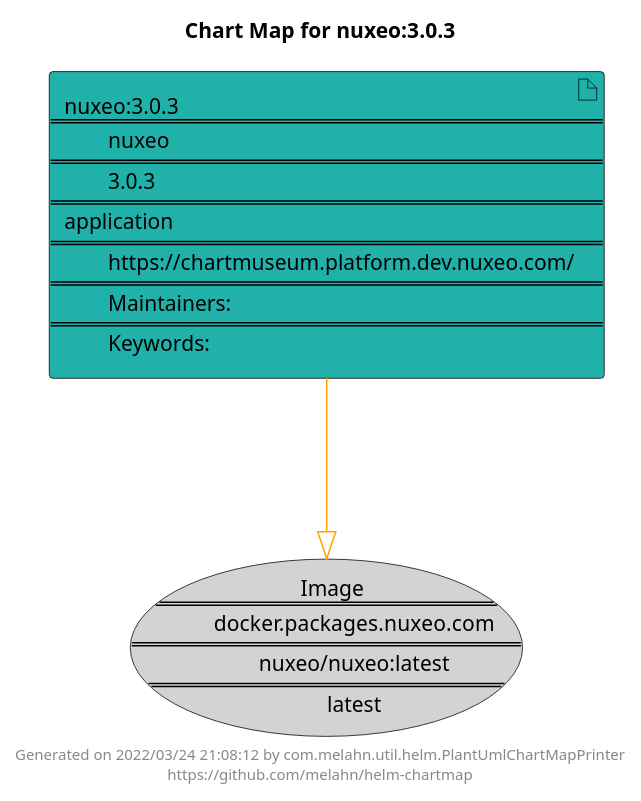
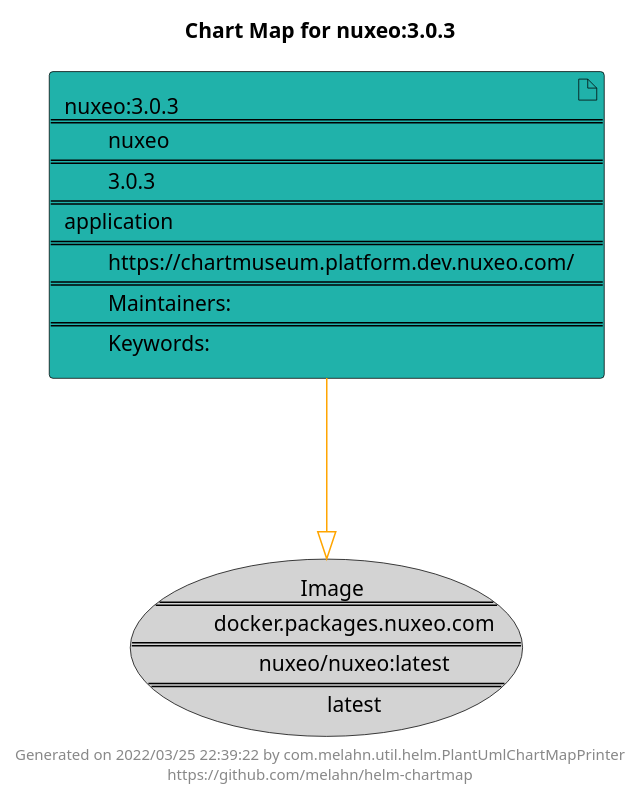
One commit to melahn/helm-chartmap changed the diagram in docs/nuxeo/nuxeo-3.0.3.puml. Above: the diagram before and after it, drawn with PlantUML. The commit also changed 56 other files, not shown here.

Commit message:
Update Example Chart Maps as part of GitHub build

```diff
--- a/docs/nuxeo/nuxeo-3.0.3.puml
+++ b/docs/nuxeo/nuxeo-3.0.3.puml
@@ -1,21 +1,21 @@
 @startuml
 skinparam linetype ortho
 skinparam backgroundColor white
 skinparam usecaseBorderColor black
 skinparam usecaseArrowColor LightSlateGray
 skinparam artifactBorderColor black
 skinparam artifactArrowColor LightSlateGray
 
 title Chart Map for nuxeo:3.0.3
 
 'There is one referenced Helm Chart
 artifact "nuxeo:3.0.3\n====\n\tnuxeo\n====\n\t3.0.3\n====\napplication\n====\n\thttps://chartmuseum.platform.dev.nuxeo.com/\n====\n\tMaintainers: \n====\n\tKeywords: " as nuxeo_3_0_3 #LightSeaGreen
 
 'There is one referenced Docker Image
 usecase "Image\n====\n\tdocker.packages.nuxeo.com\n====\n\tnuxeo/nuxeo:latest\n====\n\tlatest" as docker_packages_nuxeo_com_nuxeo_nuxeo_latest #LightGray
 
 'Chart Dependencies
 nuxeo_3_0_3--[#orange]-|>docker_packages_nuxeo_com_nuxeo_nuxeo_latest
 
-center footer Generated on 2022/03/24 21:08:12 by com.melahn.util.helm.PlantUmlChartMapPrinter\nhttps://github.com/melahn/helm-chartmap
+center footer Generated on 2022/03/25 22:39:22 by com.melahn.util.helm.PlantUmlChartMapPrinter\nhttps://github.com/melahn/helm-chartmap
 @enduml
```
